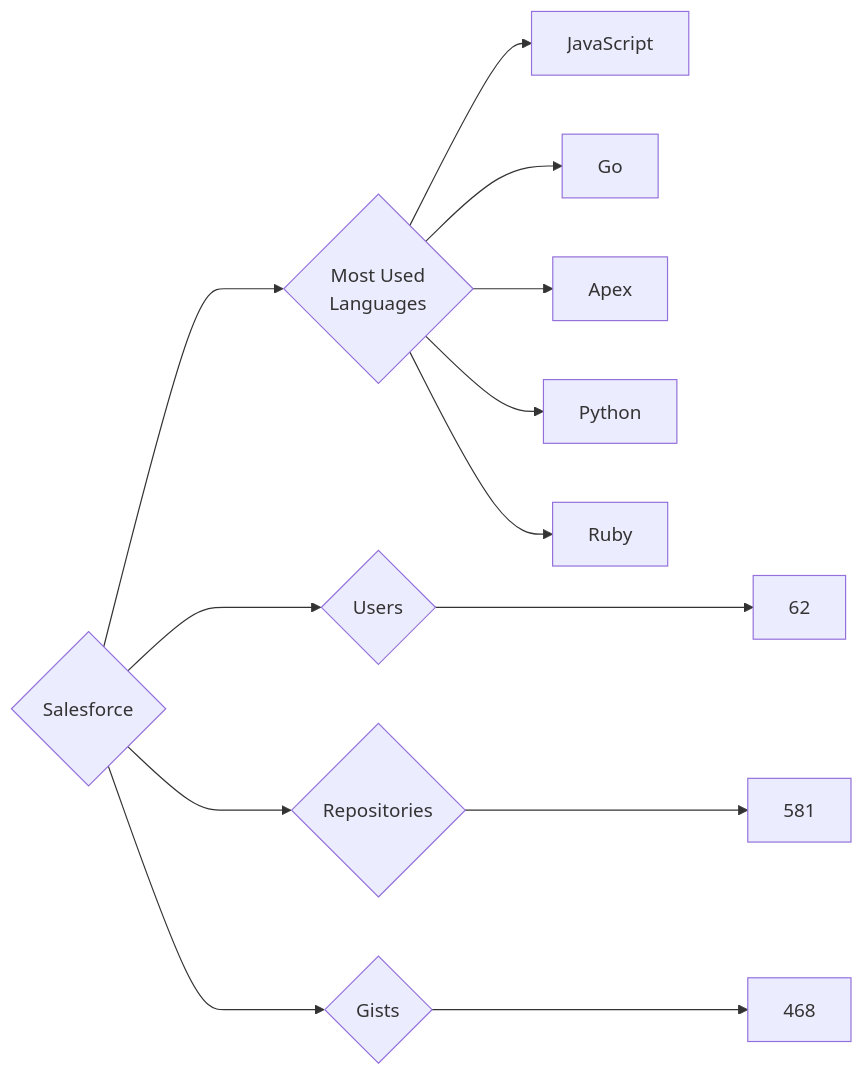
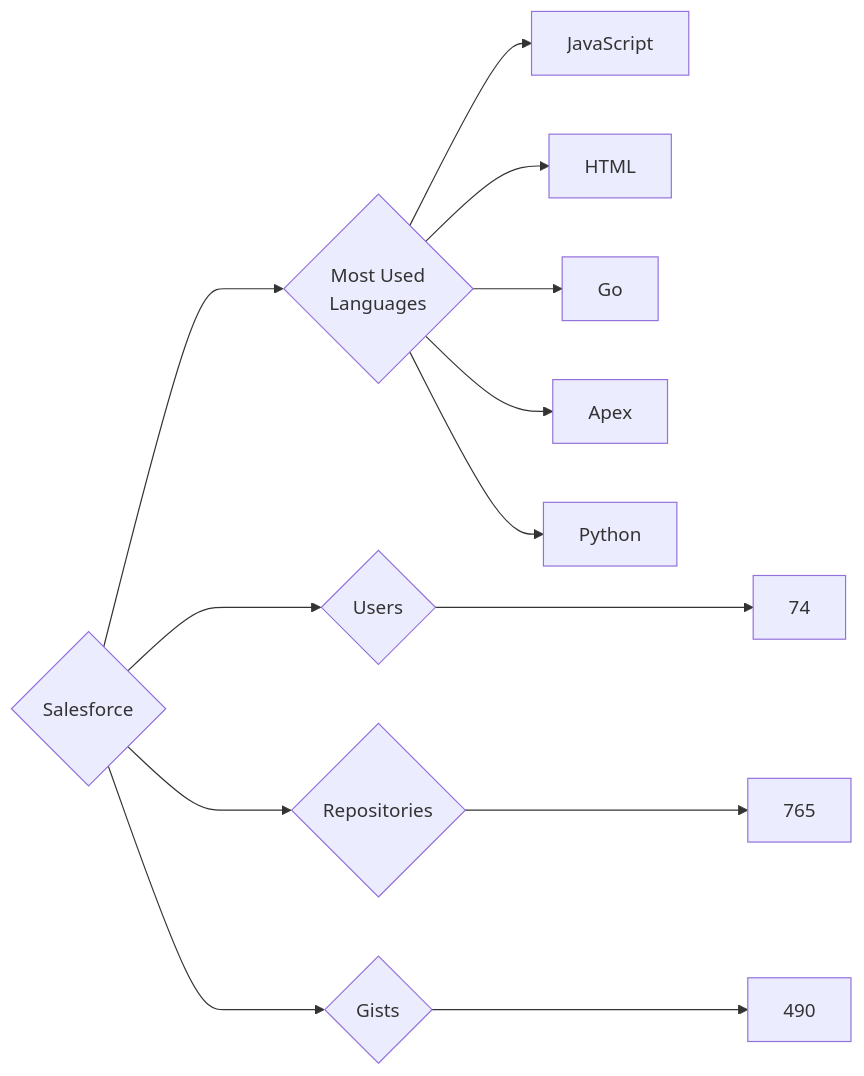
One commit to trickest/insiders changed the diagram in targets/Salesforce/README.md. Above: the diagram before and after it, drawn with Mermaid. The commit also changed 765 other files, not shown here.

````diff
--- a/targets/Salesforce/README.md
+++ b/targets/Salesforce/README.md
@@ -3,13 +3,13 @@
 ```mermaid
 graph LR
 COMPANY_NAME{Salesforce}
-COMPANY_NAME ---> U{Users} ---> UN[62]
-COMPANY_NAME ---> R{Repositories} ---> RN[581]
-COMPANY_NAME ---> G{Gists} ---> GN[468]
+COMPANY_NAME ---> U{Users} ---> UN[74]
+COMPANY_NAME ---> R{Repositories} ---> RN[765]
+COMPANY_NAME ---> G{Gists} ---> GN[490]
 COMPANY_NAME ---> ML{Most Used<br>Languages}
 ML --> JavaScript[JavaScript]
+ML --> HTML[HTML]
 ML --> Go[Go]
 ML --> Apex[Apex]
 ML --> Python[Python]
-ML --> Ruby[Ruby]
 ```
````
